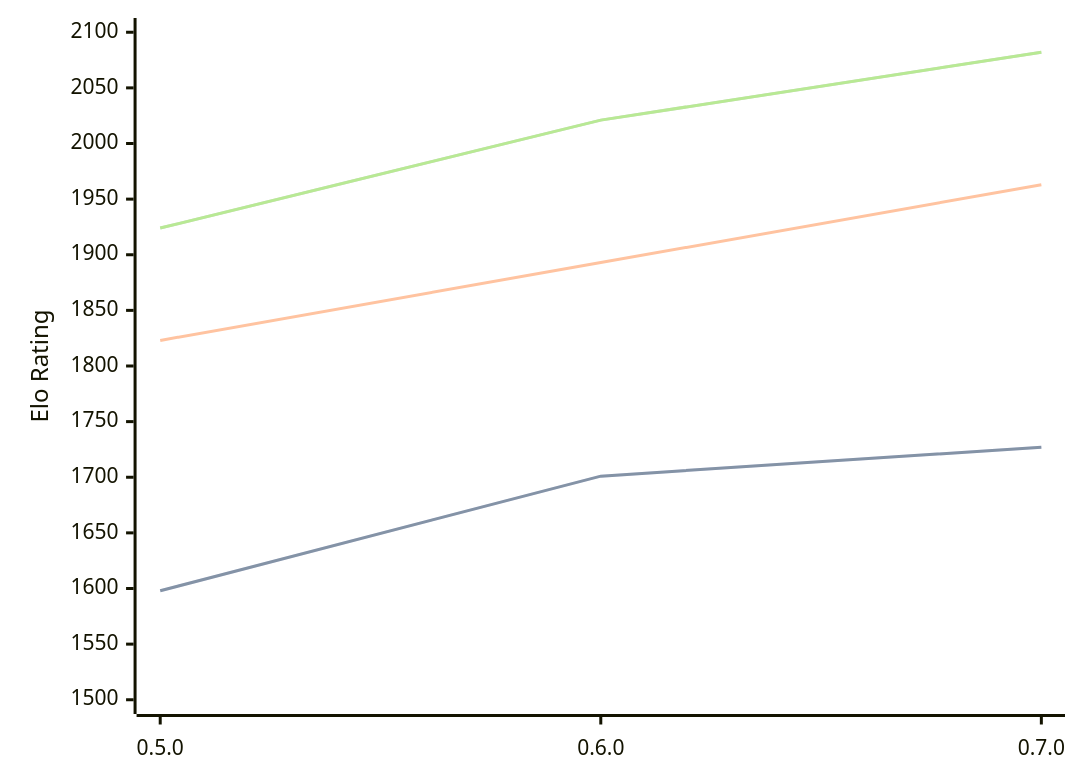
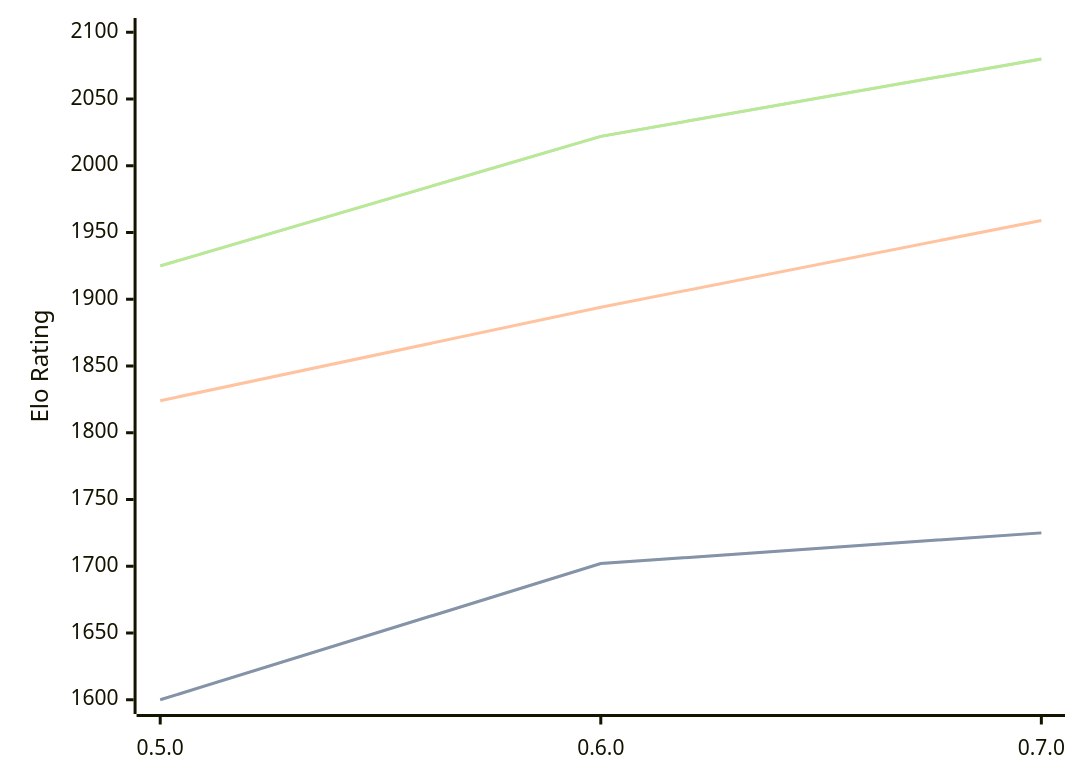
The diagram in engines/Chess-rs.md (computer-chess-index/cci), drawn with Mermaid before and after one commit. The commit also changed other lines of this file, not shown here.

Commit message:
Update CCI Ratings (ELO VLTC) - 2026-05-16

````diff
--- a/engines/Chess-rs.md
+++ b/engines/Chess-rs.md
@@ -41,11 +41,11 @@
 ```mermaid
 %%{init: {"theme":"base","themeVariables":{"seriesColors:['#a3a3a3','#222221','#faa371']}}}%%
 xychart-beta
   x-axis ["0.5.0", "0.6.0", "0.7.0"]
-  y-axis "Elo Rating" 1500 --> 2100
-  line "STC (8.0+0.08s)" [1598, 1701, 1727]
-  line "STC (8.0+0.08s)" [1598, 1701, 1727]
-  line "LTC (60.0+0.60s)" [1823, 1893, 1963]
-  line "VLTC (2m24s+1.12s)" [1924, 2021, 2082]
-  line "VLTC (2m24s+1.12s)" [1924, 2021, 2082]
+  y-axis "Elo Rating" 1600 --> 2100
+  line "STC (8.0+0.08s)" [1600, 1702, 1725]
+  line "STC (8.0+0.08s)" [1600, 1702, 1725]
+  line "LTC (60.0+0.60s)" [1824, 1894, 1959]
+  line "VLTC (2m24s+1.12s)" [1925, 2022, 2080]
+  line "VLTC (2m24s+1.12s)" [1925, 2022, 2080]
 ```
````
